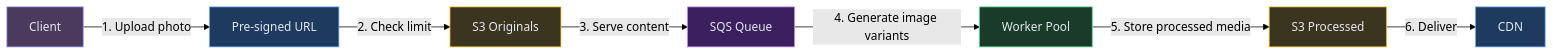
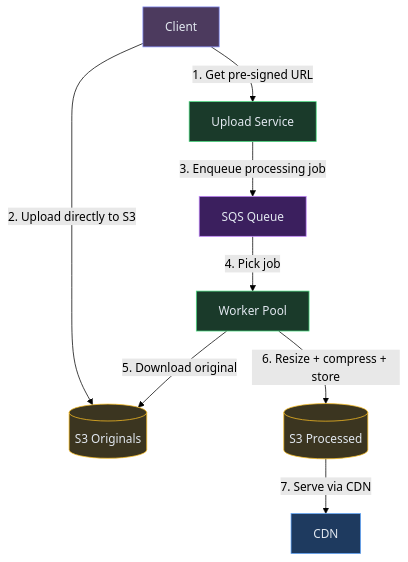
Before and after one commit to iluzn/HLD-Designs: the eighth of 9 diagrams in content/hld/Instagram.md, drawn with Mermaid (forest theme). The commit also changed other lines of this file and 23 other files, not shown here.

First line of the commit message:
fix(hld): Switch large diagrams to top-down layout (TD) for readability

````diff
--- a/content/hld/Instagram.md
+++ b/content/hld/Instagram.md
@@ -431,23 +431,24 @@
 ```mermaid
-flowchart LR
+flowchart TD
     Client["Client"]:::client
-    PS["Pre-signed URL"]:::edge
-    S3O["S3 Originals"]:::data
+    US["Upload Service"]:::service
+    S3O[("S3 Originals")]:::data
     Q["SQS Queue"]:::async
-    W1["Worker Pool"]:::service
-    S3P["S3 Processed"]:::data
+    W["Worker Pool"]:::service
+    S3P[("S3 Processed")]:::data
     CDN["CDN"]:::edge
 
-    Client -->|"1. Upload photo"| PS
-    PS -->|"2. Check limit"| S3O
-    S3O -->|"3. Serve content"| Q
-    Q -->|"4. Generate image variants"| W1
-    W1 -->|"5. Store processed media"| S3P
-    S3P -->|"6. Deliver"| CDN
+    Client -->|"1. Get pre-signed URL"| US
+    Client -->|"2. Upload directly to S3"| S3O
+    US -->|"3. Enqueue processing job"| Q
+    Q -->|"4. Pick job"| W
+    W -->|"5. Download original"| S3O
+    W -->|"6. Resize + compress + store"| S3P
+    S3P -->|"7. Serve via CDN"| CDN
 
     classDef client fill:#4c3a5e,stroke:#818cf8,color:#e2e8f0
     classDef edge fill:#1e3a5f,stroke:#60a5fa,color:#e2e8f0
     classDef service fill:#1a3a2a,stroke:#4ade80,color:#e2e8f0
     classDef async fill:#3b1f5e,stroke:#c084fc,color:#e2e8f0
     classDef data fill:#3b3520,stroke:#fbbf24,color:#e2e8f0
 ```
````
